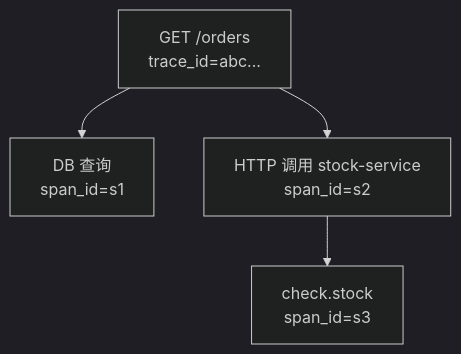
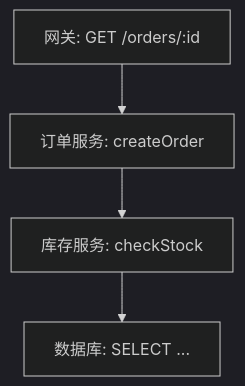
The diagram in apps/web/articles/zh/opentelemetry-guide-part-2.mdx (zhangshichuan/maxzhang.site), drawn with Mermaid (dark theme) before and after one commit. The commit also changed other lines of this file and 2 other files, not shown here.

````diff
--- a/apps/web/articles/zh/opentelemetry-guide-part-2.mdx
+++ b/apps/web/articles/zh/opentelemetry-guide-part-2.mdx
@@ -59,6 +43,10 @@
 ```mermaid
 flowchart TD
-  Root["GET /orders<br/>trace_id=abc..."] --> A["DB 查询<br/>span_id=s1"]
-  Root --> B["HTTP 调用 stock-service<br/>span_id=s2"]
-  B --> C["check.stock<br/>span_id=s3"]
+  R["网关: GET /orders/:id"]
+  A["订单服务: createOrder"]
+  B["库存服务: checkStock"]
+  C["数据库: SELECT ..."]
+  R --> A
+  A --> B
+  B --> C
 ```
````
